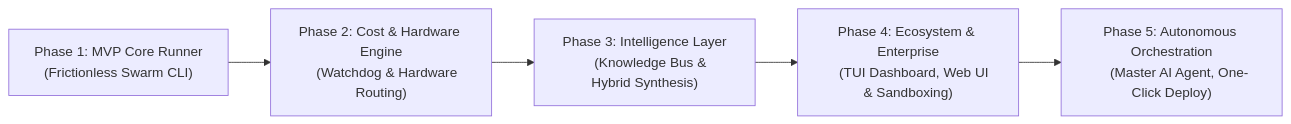
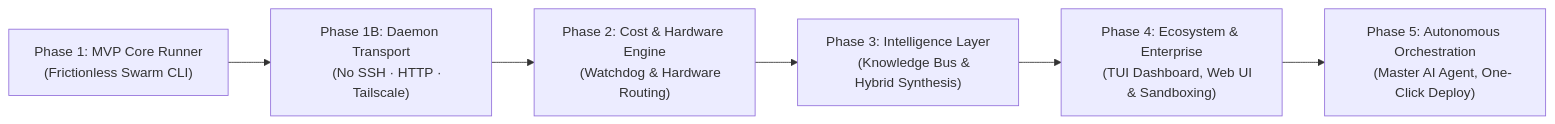
Before and after one commit to lakshya076/HiveMind: the diagram in ROADMAP.md, drawn with Mermaid. The commit also changed other lines of this file and 5 other files, not shown here.

````diff
--- a/ROADMAP.md
+++ b/ROADMAP.md
@@ -9,19 +9,22 @@
 ```mermaid
 flowchart LR
     P1["Phase 1: MVP Core Runner
     (Frictionless Swarm CLI)"]
     
+    P1b["Phase 1B: Daemon Transport
+    (No SSH · HTTP · Tailscale)"]
+
     P2["Phase 2: Cost & Hardware Engine
     (Watchdog & Hardware Routing)"]
     
     P3["Phase 3: Intelligence Layer
     (Knowledge Bus & Hybrid Synthesis)"]
     
     P4["Phase 4: Ecosystem & Enterprise
     (TUI Dashboard, Web UI & Sandboxing)"]
 
     P5["Phase 5: Autonomous Orchestration
     (Master AI Agent, One-Click Deploy)"]
 
-    P1 --> P2 --> P3 --> P4 --> P5
+    P1 --> P1b --> P2 --> P3 --> P4 --> P5
 ```
````
